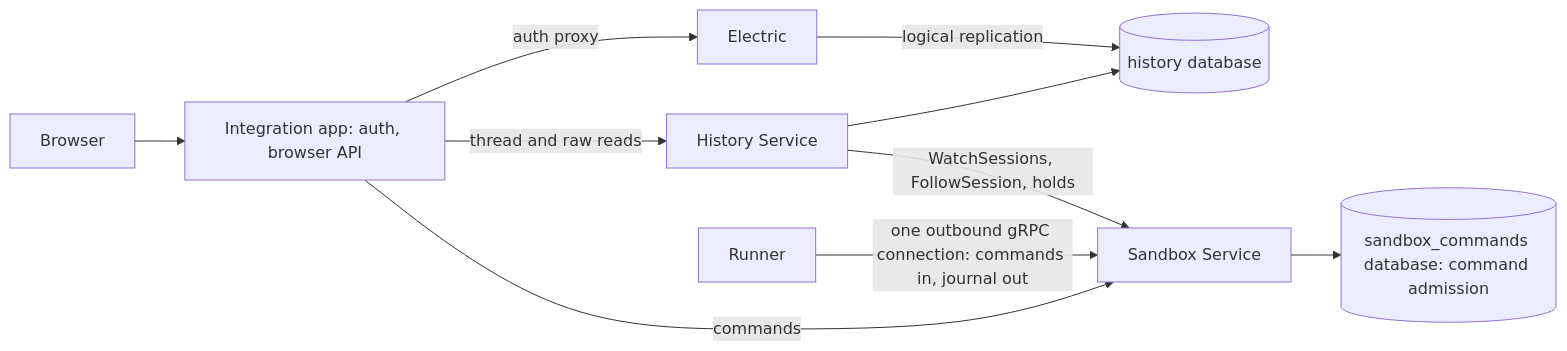
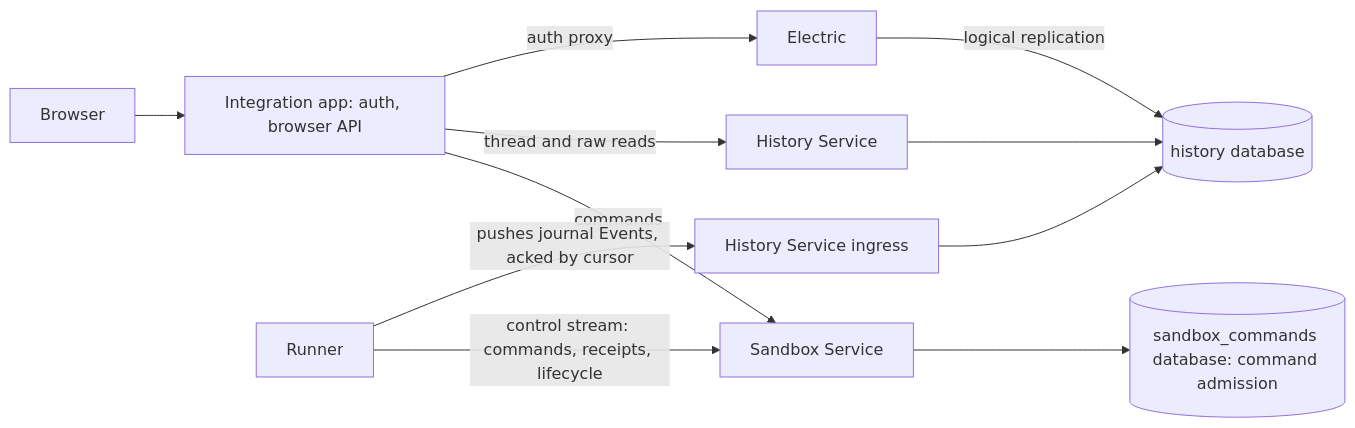
One commit to agentydragon-agent/ducktape changed the diagram in agentplane/plans/history_service.md. Above: the diagram before and after it, drawn with Mermaid. The commit also changed other lines of this file and 1 other file, not shown here.

````diff
--- a/agentplane/plans/history_service.md
+++ b/agentplane/plans/history_service.md
@@ -14,12 +14,13 @@
 ```mermaid
 flowchart LR
     Browser --> App[Integration app: auth, browser API]
     App -- commands --> SS[Sandbox Service]
     App -- thread and raw reads --> HS[History Service]
     Electric -- logical replication --> HSDB[(history database)]
     App -- auth proxy --> Electric
-    Runner -- one outbound gRPC connection: commands in, journal out --> SS
-    HS -- WatchSessions, FollowSession, holds --> SS
+    Runner -- control stream: commands, receipts, lifecycle --> SS
+    Runner -- pushes journal Events, acked by cursor --> HSI[History Service ingress]
+    HSI --> HSDB
     HS --> HSDB
     SS --> SSDB[(sandbox_commands database: command admission)]
 ```
````
